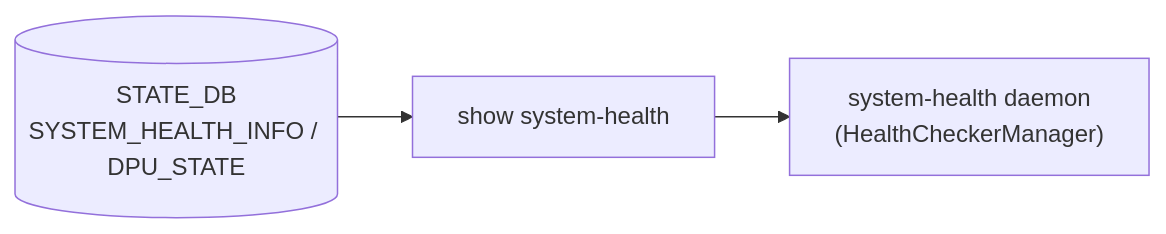
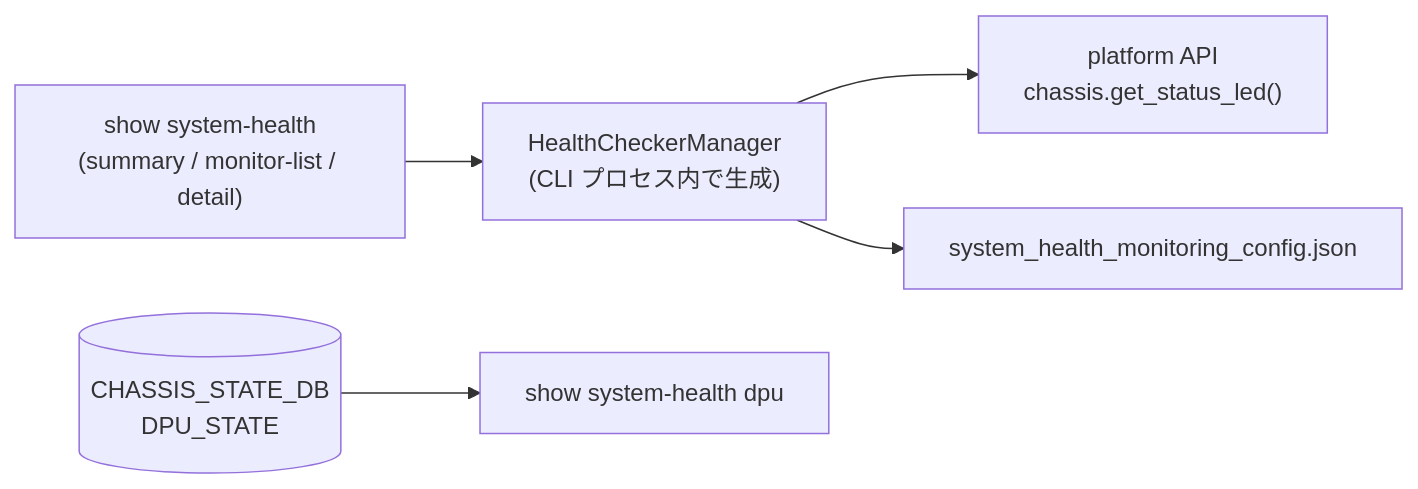
The diagram in docs/reference/cli/show-system-health.md (aoki-taquan/sonic-unofficial-docs), drawn with Mermaid before and after one commit. The commit also changed other lines of this file and 15 other files, not shown here.

````diff
--- a/docs/reference/cli/show-system-health.md
+++ b/docs/reference/cli/show-system-health.md
@@ -161,8 +161,13 @@
 ```mermaid
 flowchart LR
-  CLI["show system-health"]
-  SH["system-health daemon<br/>(HealthCheckerManager)"]
-  ST[("STATE_DB<br/>SYSTEM_HEALTH_INFO / DPU_STATE")]
-  CLI --> SH
-  ST --> CLI
+  CLI["show system-health<br/>(summary / monitor-list / detail)"]
+  HCM["HealthCheckerManager<br/>(CLI プロセス内で生成)"]
+  PAPI["platform API<br/>chassis.get_status_led()"]
+  CFG["system_health_monitoring_config.json"]
+  DPU_CLI["show system-health dpu"]
+  CDB[("CHASSIS_STATE_DB<br/>DPU_STATE")]
+  CLI --> HCM
+  HCM --> PAPI
+  HCM --> CFG
+  CDB --> DPU_CLI
 ```
````
